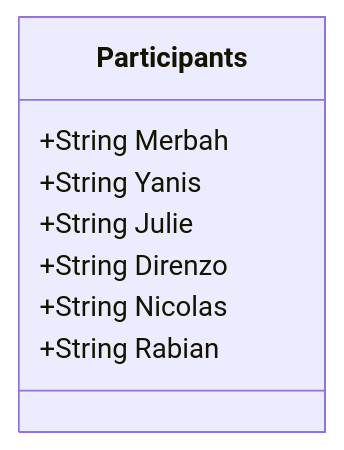
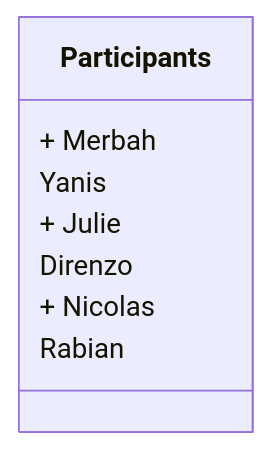
One commit to julie-drnz/Premier-Test-UML changed the diagram in README2.md. Above: the diagram before and after it, drawn with Mermaid.

Commit message:
Fix formatting of class diagram participants

````diff
--- a/README2.md
+++ b/README2.md
@@ -2,11 +2,11 @@
 ```mermaid
 classDiagram
   class Participants {
-    +String Merbah
-    +String Yanis
-    +String Julie
-    +String Direnzo
-    +String Nicolas
-    +String Rabian
+    + Merbah
+      Yanis
+    + Julie
+      Direnzo
+    + Nicolas
+      Rabian
   }
 ```
````
